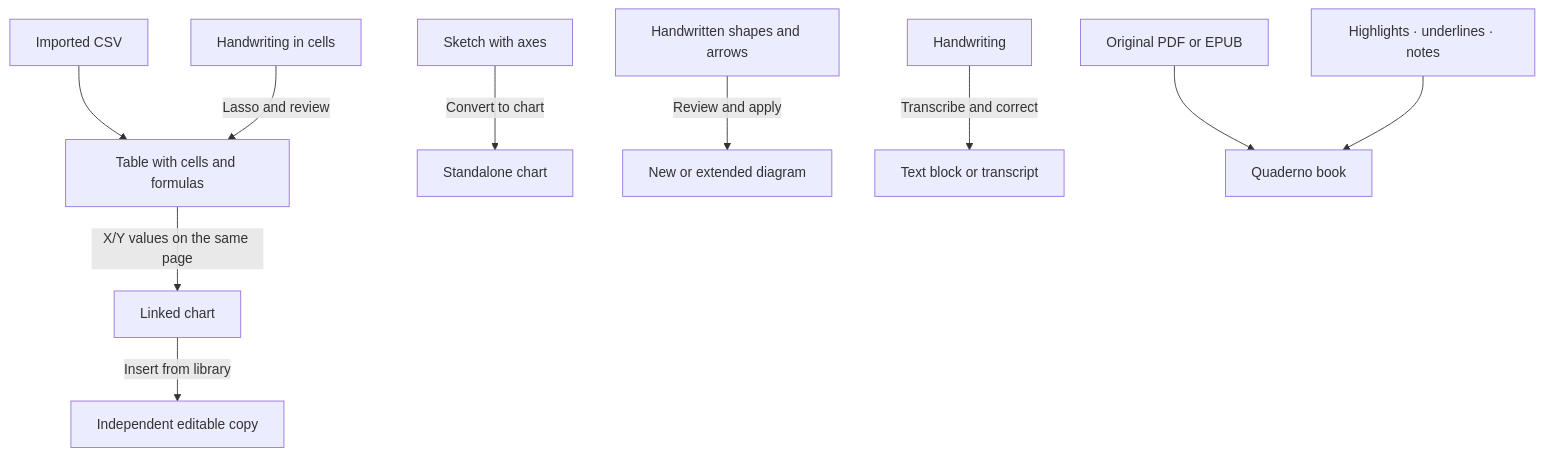
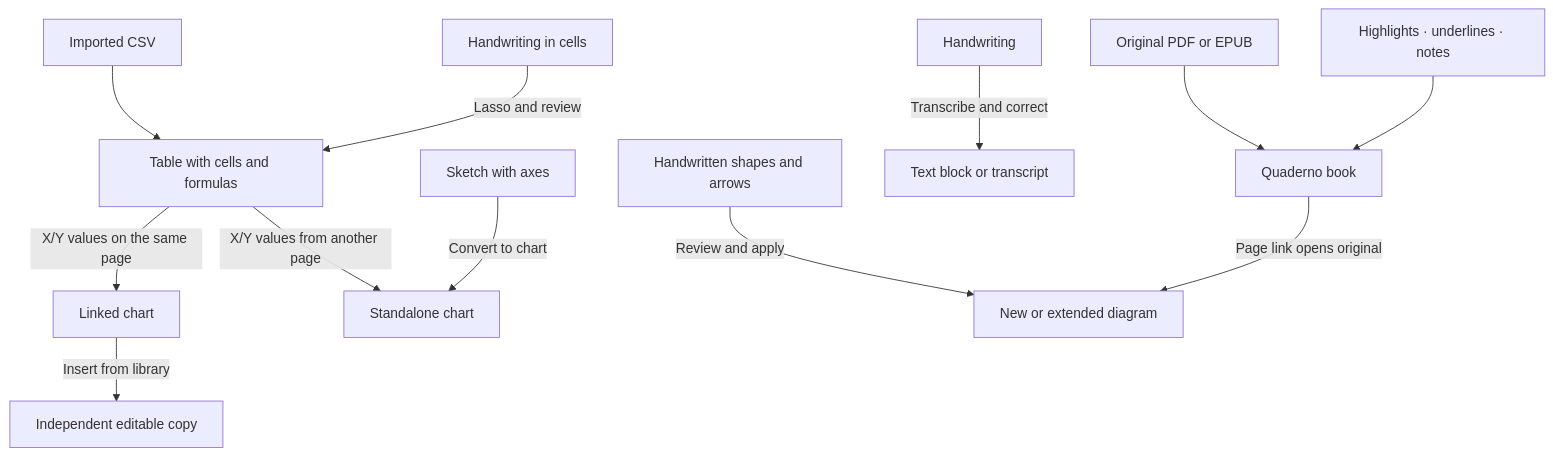
The second of 2 diagrams in docs/en/FUNCTIONS_AND_WORKFLOWS.md (GiorgioOppo/quaderno-public), drawn with Mermaid before and after one commit. The commit also changed other lines of this file and 95 other files, not shown here.

````diff
--- a/docs/en/FUNCTIONS_AND_WORKFLOWS.md
+++ b/docs/en/FUNCTIONS_AND_WORKFLOWS.md
@@ -120,12 +123,14 @@
 ```mermaid
 flowchart TD
     CSV["Imported CSV"] --> T["Table with cells and formulas"]
     E["Handwriting in cells"] -->|"Lasso and review"| T
     T -->|"X/Y values on the same page"| C["Linked chart"]
     C -->|"Insert from library"| P["Independent editable copy"]
     S["Sketch with axes"] -->|"Convert to chart"| G["Standalone chart"]
     F["Handwritten shapes and arrows"] -->|"Review and apply"| D["New or extended diagram"]
     H["Handwriting"] -->|"Transcribe and correct"| X["Text block or transcript"]
     L["Original PDF or EPUB"] --> B["Quaderno book"]
     A["Highlights · underlines · notes"] --> B
+    T -->|"X/Y values from another page"| G
+    B -->|"Page link opens original"| D
 ```
````
